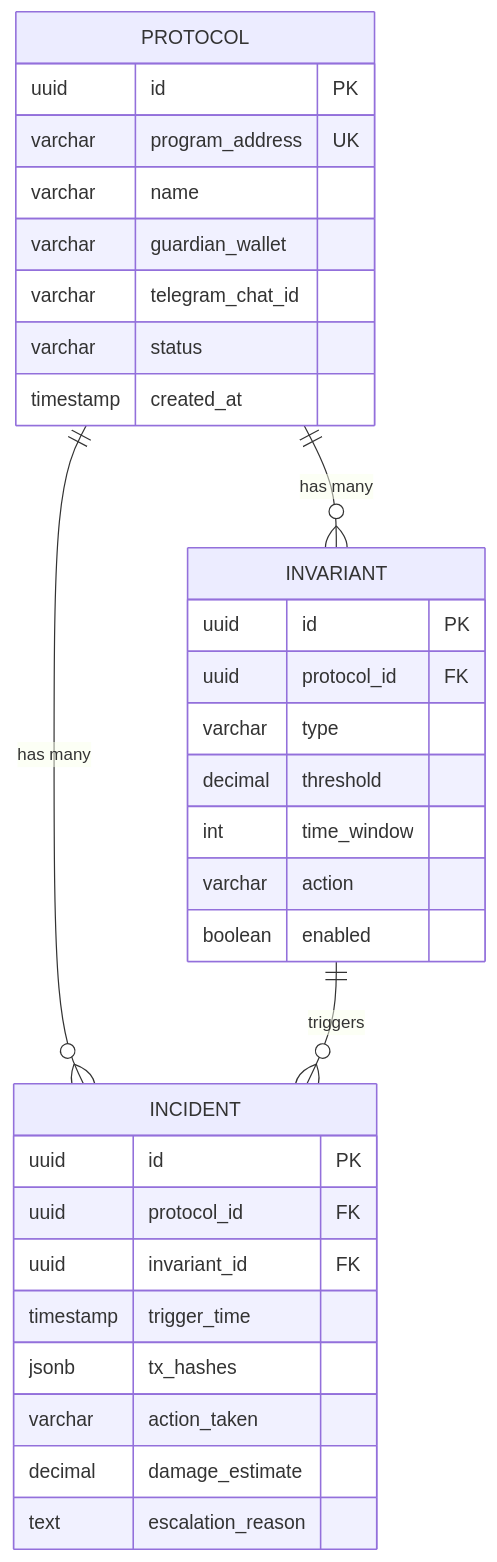
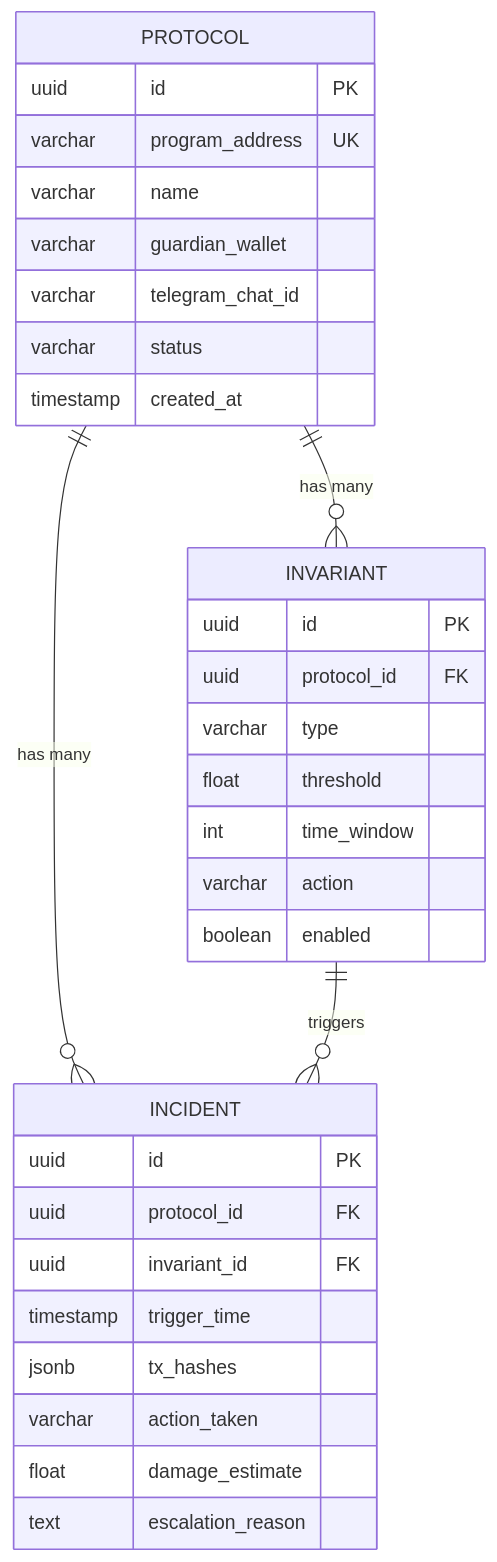
The fifth of 5 diagrams in .kiro/specs/killswitch-backend/design.md (yebology/killswitch), drawn with Mermaid before and after one commit. The commit also changed other lines of this file and 129 other files, not shown here.

````diff
--- a/.kiro/specs/killswitch-backend/design.md
+++ b/.kiro/specs/killswitch-backend/design.md
@@ -552,37 +642,37 @@
 ```mermaid
 erDiagram
     PROTOCOL {
         uuid id PK
         varchar program_address UK
         varchar name
         varchar guardian_wallet
         varchar telegram_chat_id
         varchar status
         timestamp created_at
     }
     
     INVARIANT {
         uuid id PK
         uuid protocol_id FK
         varchar type
-        decimal threshold
+        float threshold
         int time_window
         varchar action
         boolean enabled
     }
     
     INCIDENT {
         uuid id PK
         uuid protocol_id FK
         uuid invariant_id FK
         timestamp trigger_time
         jsonb tx_hashes
         varchar action_taken
-        decimal damage_estimate
+        float damage_estimate
         text escalation_reason
     }
     
     PROTOCOL ||--o{ INVARIANT : "has many"
     PROTOCOL ||--o{ INCIDENT : "has many"
     INVARIANT ||--o{ INCIDENT : "triggers"
 ```
````
